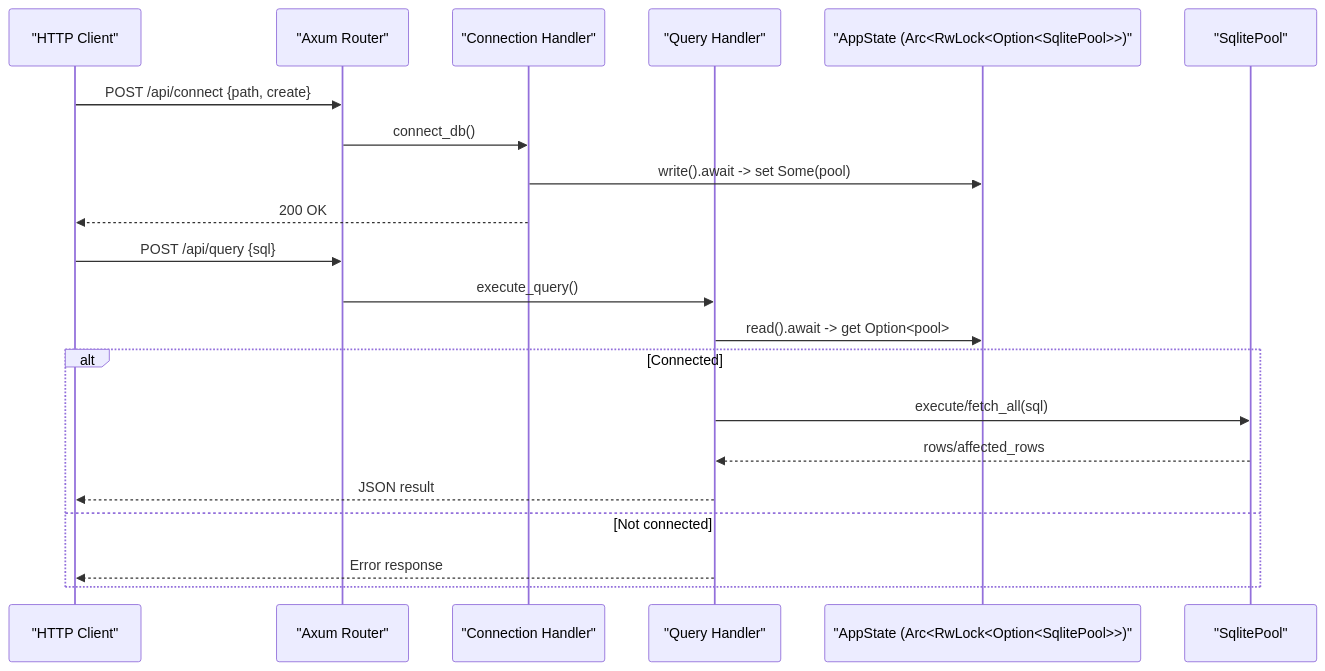
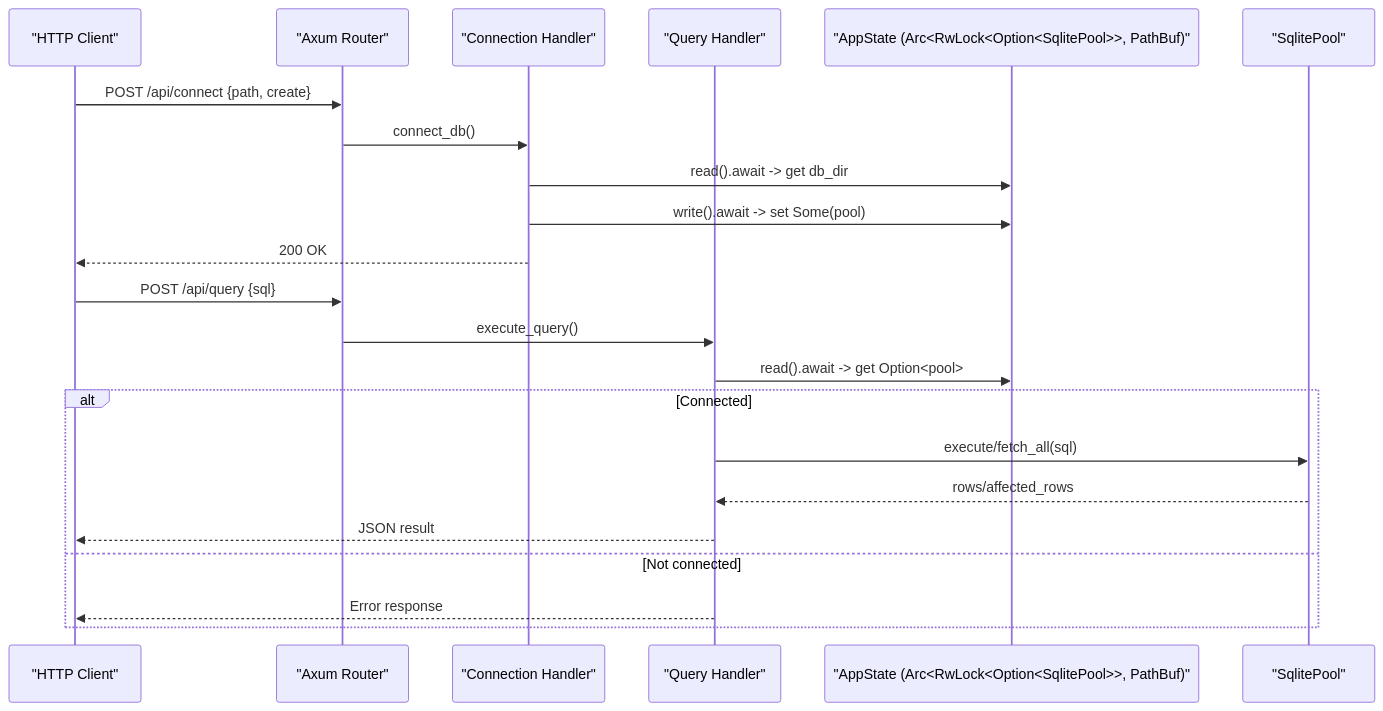
Before and after one commit to sutanto1010/crablite: the second of 7 diagrams in .qoder/repowiki/en/content/Backend Development/State Management & Database Connection Pooling.md, drawn with Mermaid. The commit also changed other lines of this file and 47 other files, not shown here.

````diff
--- a/.qoder/repowiki/en/content/Backend Development/State Management & Database Connection Pooling.md
+++ b/.qoder/repowiki/en/content/Backend Development/State Management & Database Connection Pooling.md
@@ -76,23 +87,24 @@
 ```mermaid
 sequenceDiagram
 participant Client as "HTTP Client"
 participant Router as "Axum Router"
 participant ConnH as "Connection Handler"
 participant QueryH as "Query Handler"
-participant State as "AppState (Arc<RwLock<Option<SqlitePool>>)"
+participant State as "AppState (Arc<RwLock<Option<SqlitePool>>, PathBuf)"
 participant Pool as "SqlitePool"
 Client->>Router : POST /api/connect {path, create}
 Router->>ConnH : connect_db()
+ConnH->>State : read().await -> get db_dir
 ConnH->>State : write().await -> set Some(pool)
 ConnH-->>Client : 200 OK
 Client->>Router : POST /api/query {sql}
 Router->>QueryH : execute_query()
 QueryH->>State : read().await -> get Option<pool>
 alt Connected
 QueryH->>Pool : execute/fetch_all(sql)
 Pool-->>QueryH : rows/affected_rows
 QueryH-->>Client : JSON result
 else Not connected
 QueryH-->>Client : Error response
 end
 ```
````
